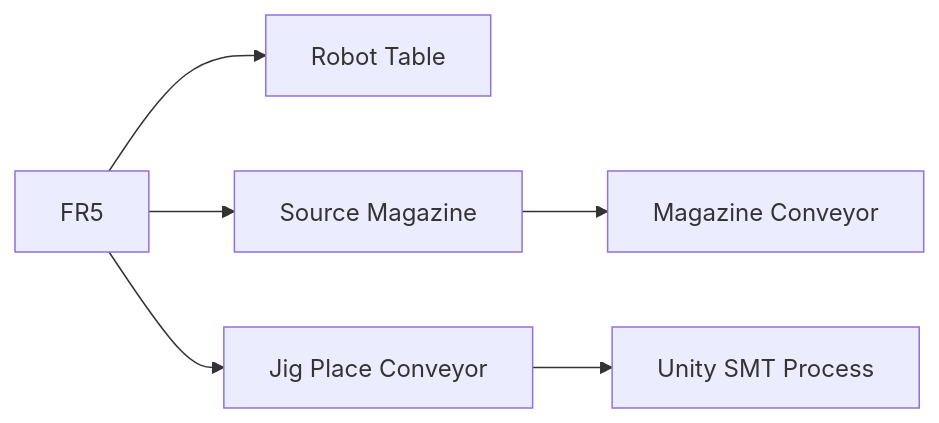
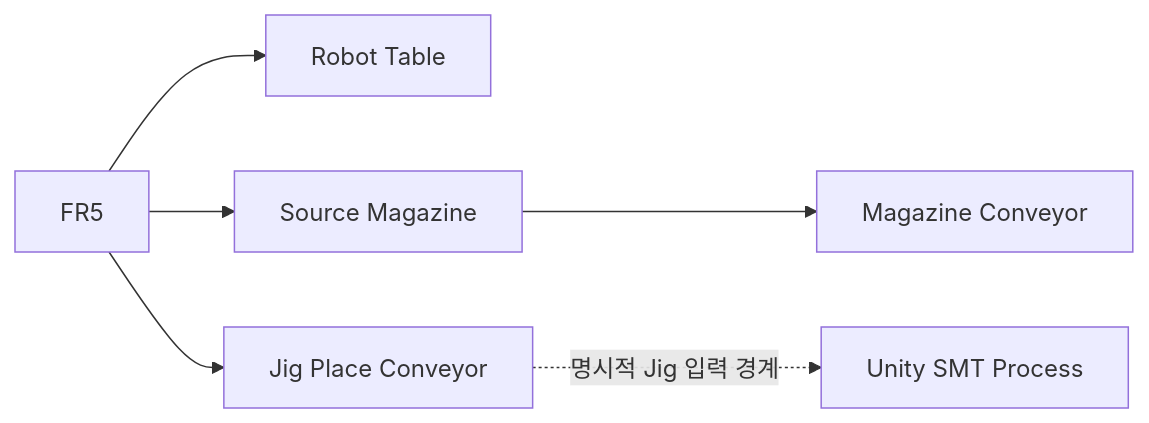
One commit to seongyeop-dev/fr5-unity-digital-twin changed the first of 3 diagrams in docs/08_ros2_gazebo_moveit.md. Above: the diagram before and after it, drawn with Mermaid. The commit also changed other lines of this file and 49 other files, not shown here.

````diff
--- a/docs/08_ros2_gazebo_moveit.md
+++ b/docs/08_ros2_gazebo_moveit.md
@@ -21,8 +21,8 @@
 ```mermaid
 flowchart LR
     FR5["FR5"] --> TABLE["Robot Table"]
     FR5 --> MAG["Source Magazine"]
     MAG --> MC["Magazine Conveyor"]
     FR5 --> JC["Jig Place Conveyor"]
-    JC --> SMT["Unity SMT Process"]
+    JC -. "명시적 Jig 입력 경계" .-> SMT["Unity SMT Process"]
 ```
````
